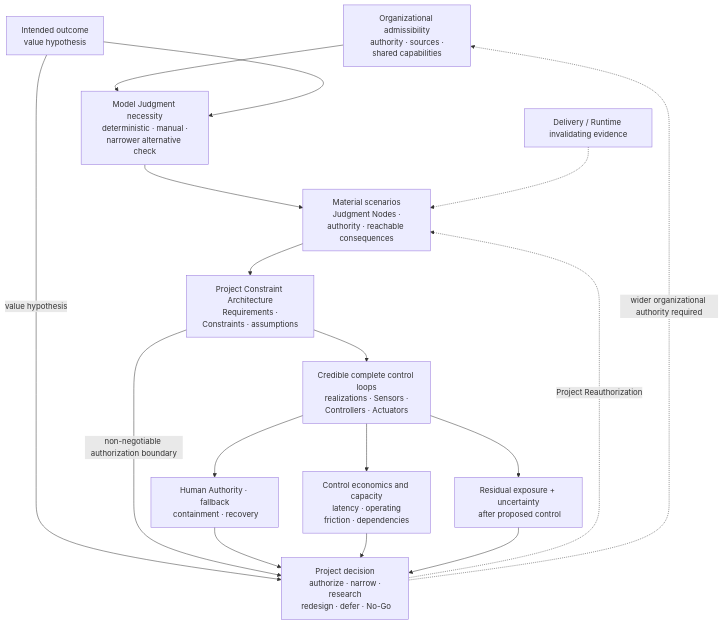
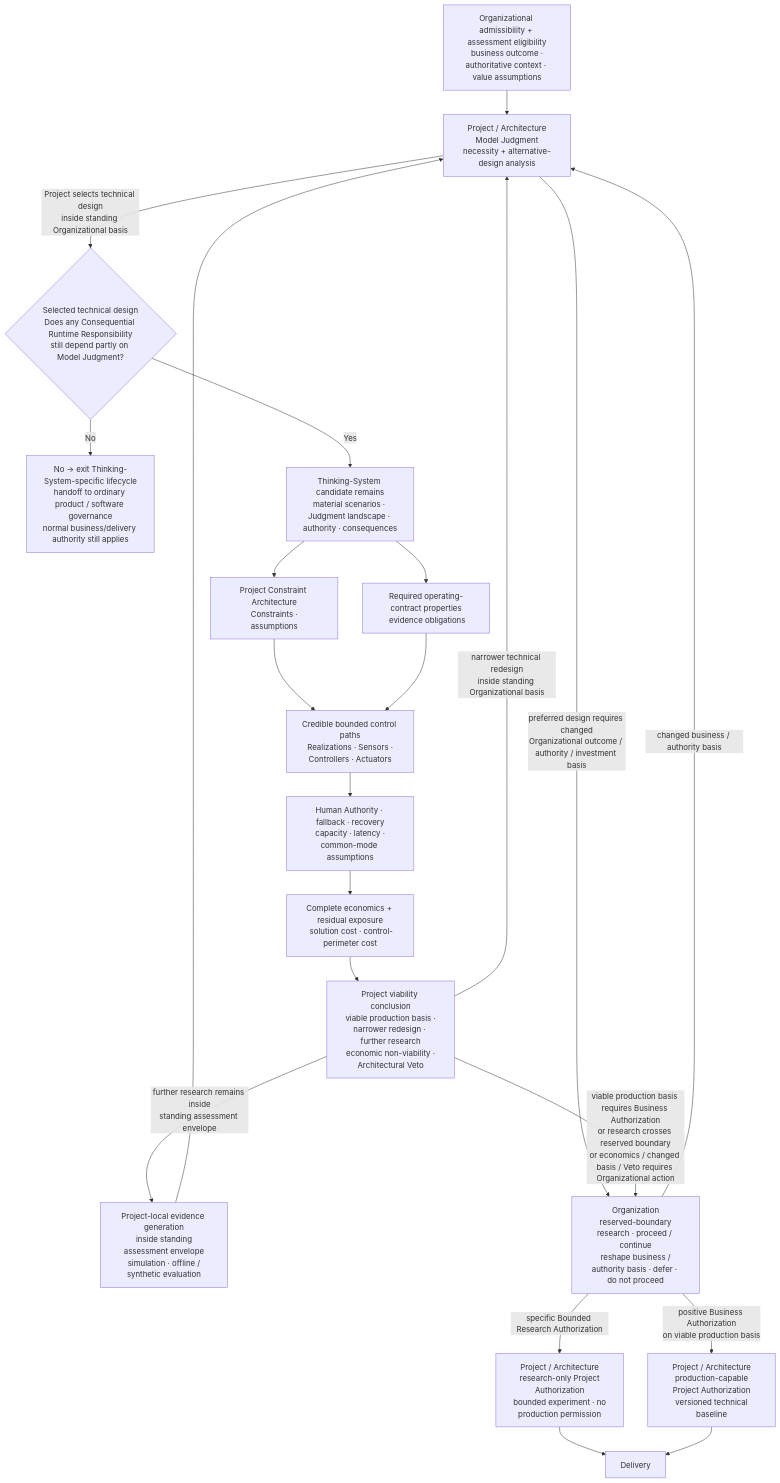
Diagram 11 of 15 in content/research/notes/open-engineering-specification-article-draft.md (UncertaintyArchitectureGroup/uncertainty-architecture), drawn with Mermaid before and after one commit. The commit also changed other lines of this file and 6 other files, not shown here.

````diff
--- a/content/research/notes/open-engineering-specification-article-draft.md
+++ b/content/research/notes/open-engineering-specification-article-draft.md
@@ -665,24 +709,34 @@
 ```mermaid
 flowchart TB
-    ORG["Organizational admissibility<br/> authority · sources · shared capabilities"]
-    OUT["Intended outcome<br/> value hypothesis"]
-    NEED["Model Judgment necessity<br/> deterministic · manual · narrower alternative check"]
-    RISK["Material scenarios<br/> Judgment Nodes · authority · reachable consequences"]
-    K["Project Constraint Architecture<br/> Requirements · Constraints · assumptions"]
-    LOOP["Credible complete control loops<br/> realizations · Sensors · Controllers · Actuators"]
-    HUMAN["Human Authority · fallback<br/> containment · recovery"]
-    ECON["Control economics and capacity<br/> latency · operating friction · dependencies"]
-    RES["Residual exposure + uncertainty<br/> after proposed control"]
-    DEC["Project decision<br/> authorize · narrow · research<br/> redesign · defer · No-Go"]
-    RE["Delivery / Runtime invalidating evidence"]
+    ORG["Organizational admissibility + assessment eligibility<br/> business outcome · authoritative context · value assumptions"]
+    NEED["Project / Architecture<br/> Model Judgment necessity + alternative-design analysis"]
+    CAT{"Selected technical design<br/>Does any Consequential Runtime Responsibility<br/>still depend partly on Model Judgment?"}
+    EXIT["No → exit Thinking-System-specific lifecycle<br/>handoff to ordinary product / software governance<br/>normal business/delivery authority still applies"]
+    RISK["Thinking-System candidate remains<br/>material scenarios · Judgment landscape · authority · consequences"]
+    K["Project Constraint Architecture<br/> Constraints · assumptions"]
+    PROP["Required operating-contract properties<br/> evidence obligations"]
+    PATH["Credible bounded control paths<br/> Realizations · Sensors · Controllers · Actuators"]
+    HUMAN["Human Authority · fallback · recovery<br/> capacity · latency · common-mode assumptions"]
+    ECON["Complete economics + residual exposure<br/> solution cost · control-perimeter cost"]
+    V["Project viability conclusion<br/> viable production basis · narrower redesign · further research<br/> economic non-viability · Architectural Veto"]
+    LRE["Project-local evidence generation<br/> inside standing assessment envelope<br/> simulation · offline / synthetic evaluation"]
+    OD["Organization<br/> reserved-boundary research · proceed / continue<br/> reshape business / authority basis · defer · do not proceed"]
+    PRA["Project / Architecture<br/> research-only Project Authorization<br/> bounded experiment · no production permission"]
+    PPA["Project / Architecture<br/> production-capable Project Authorization<br/> versioned technical baseline"]
+    D["Delivery"]
+
     ORG --> NEED
-    OUT --> NEED --> RISK --> K --> LOOP
-    OUT -->|value hypothesis| DEC
-    K -->|non-negotiable authorization boundary| DEC
-    LOOP --> HUMAN --> DEC
-    LOOP --> ECON --> DEC
-    LOOP --> RES --> DEC
-    RE -.-> RISK
-    DEC -. Project Reauthorization .-> RISK
-    DEC -.->|wider organizational authority required| ORG
+    NEED -->|Project selects technical design<br/>inside standing Organizational basis| CAT
+    CAT -->|No| EXIT
+    CAT -->|Yes| RISK
+    NEED -->|preferred design requires changed<br/>Organizational outcome / authority / investment basis| OD
+    RISK --> K --> PATH
+    RISK --> PROP --> PATH
+    PATH --> HUMAN --> ECON --> V
+    V -->|narrower technical redesign<br/>inside standing Organizational basis| NEED
+    V -->|further research remains inside<br/>standing assessment envelope| LRE --> NEED
+    V -->|viable production basis requires Business Authorization<br/>or research crosses reserved boundary<br/>or economics / changed basis / Veto requires Organizational action| OD
+    OD -->|changed business / authority basis| NEED
+    OD -->|specific Bounded Research Authorization| PRA --> D
+    OD -->|positive Business Authorization<br/>on viable production basis| PPA --> D
 ```
````
